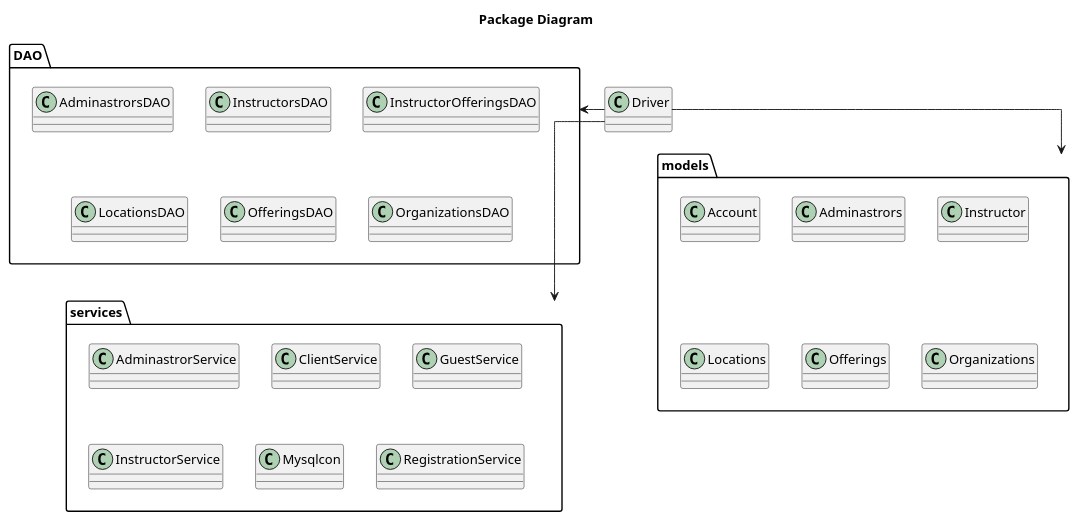
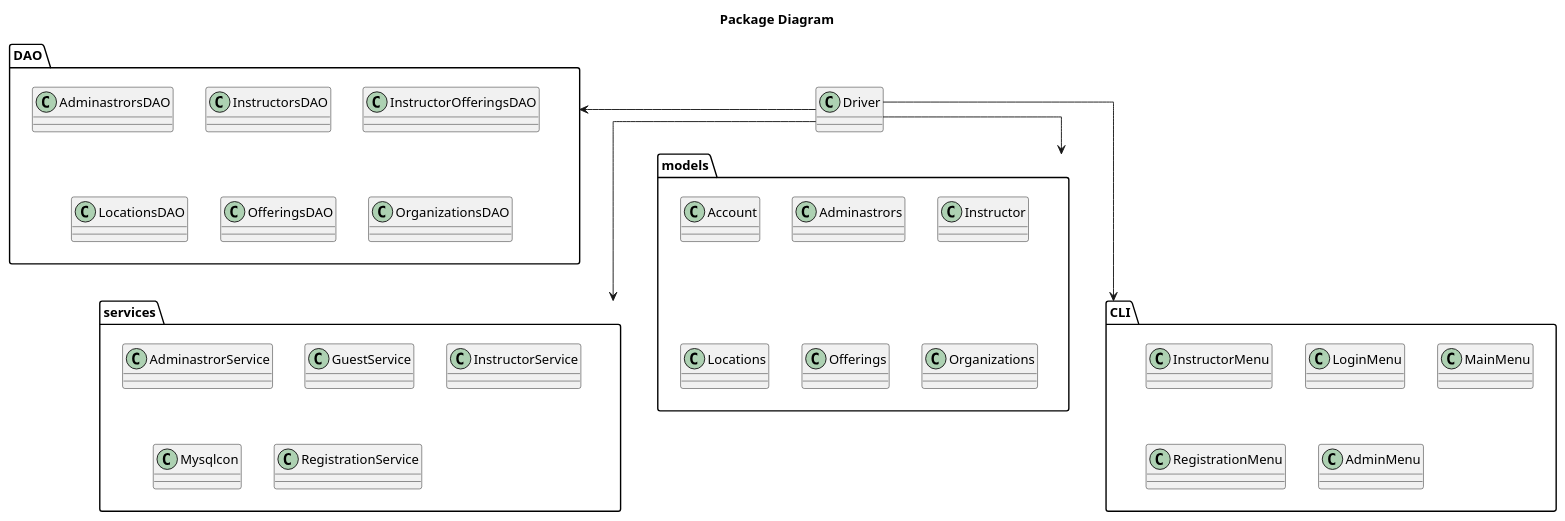
Before and after one commit to FrancoDominguez/SOEN342-project: the diagram in Documentation/Package Diagrams/PackageDiagram#1.plantUML, drawn with PlantUML. The commit also changed 5 other files, not shown here.

```diff
--- a/Documentation/Package Diagrams/PackageDiagram#1.plantUML
+++ b/Documentation/Package Diagrams/PackageDiagram#1.plantUML
@@ -1,39 +1,47 @@
 @startuml
 skinparam linetype ortho
 
 title Package Diagram
 
 package "DAO" {
   class AdminastrorsDAO
   class InstructorsDAO
   class InstructorOfferingsDAO
   class LocationsDAO
   class OfferingsDAO
   class OrganizationsDAO
 }
 
 package "models" {
     class Account
     class Adminastrors
     class Instructor
     class Locations
     class Offerings
     class Organizations
 } 
 
 package "services" {
     class AdminastrorService
-    class ClientService
     class GuestService
     class InstructorService
     class Mysqlcon
     class RegistrationService
+}
+
+package "CLI" {
+  class InstructorMenu
+  class LoginMenu
+  class MainMenu
+  class RegistrationMenu
+  class AdminMenu
 }
 
 class Driver
 
 Driver -> DAO
 Driver --> models
 Driver --> services
+Driver -> CLI
 
 @enduml
```
